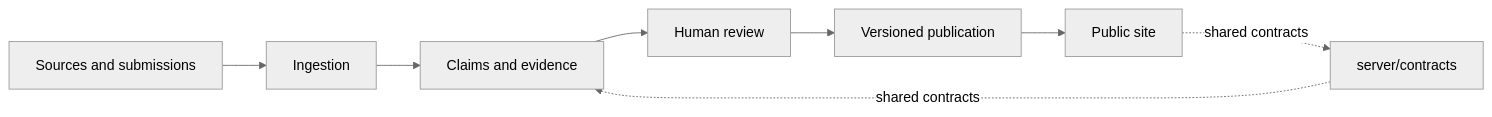
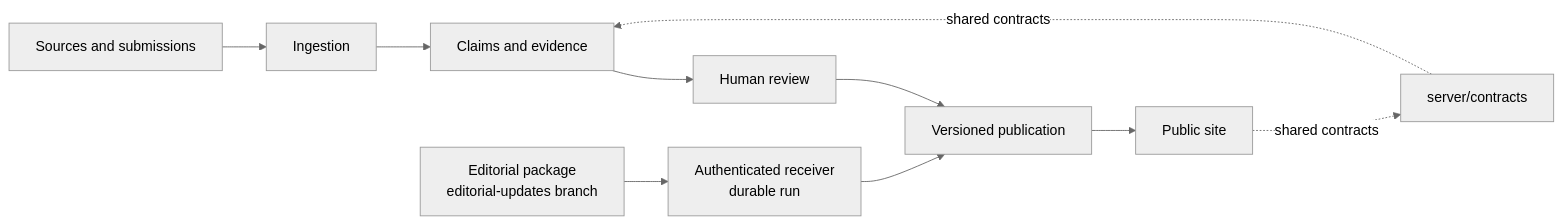
The diagram in README.md (lions-admin/lions-of-zion), drawn with Mermaid (neutral theme) before and after one commit. The commit also changed other lines of this file and 13 other files, not shown here.

````diff
--- a/README.md
+++ b/README.md
@@ -44,11 +47,13 @@
 ```mermaid
 flowchart LR
     Sources[Sources and submissions] --> Ingest[Ingestion]
     Ingest --> Evidence[Claims and evidence]
     Evidence --> Review[Human review]
     Review --> Publish[Versioned publication]
+    Package[Editorial package<br/>editorial-updates branch] --> Receiver[Authenticated receiver<br/>durable run]
+    Receiver --> Publish
     Publish --> Site[Public site]
 
     Site -. shared contracts .-> Contracts[server/contracts]
     Contracts -. shared contracts .-> Evidence
 ```
````
